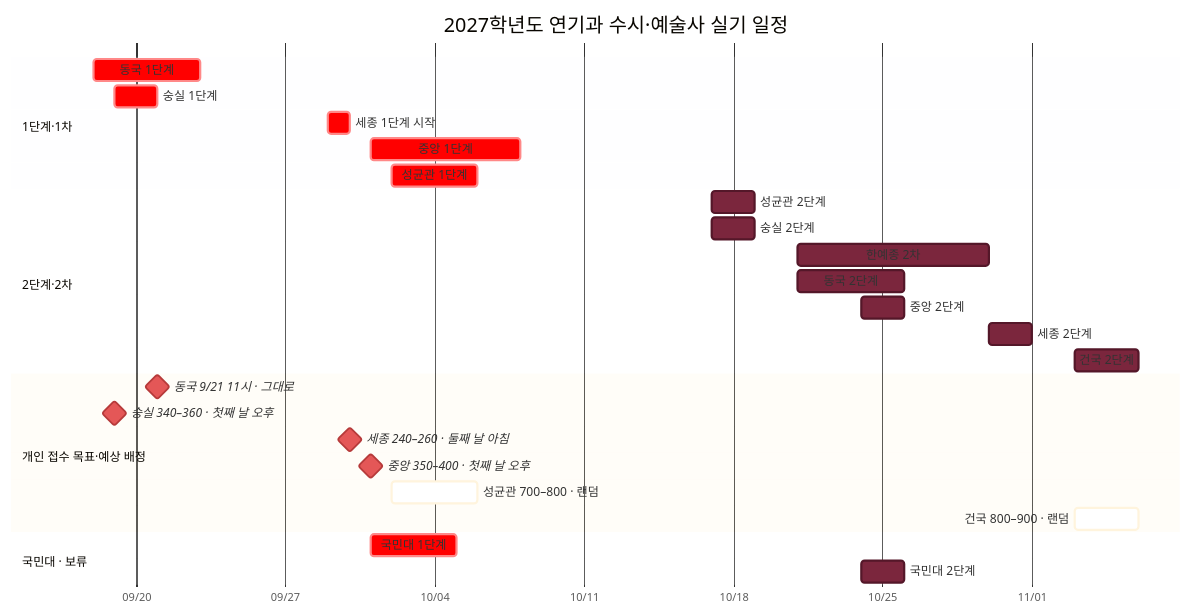
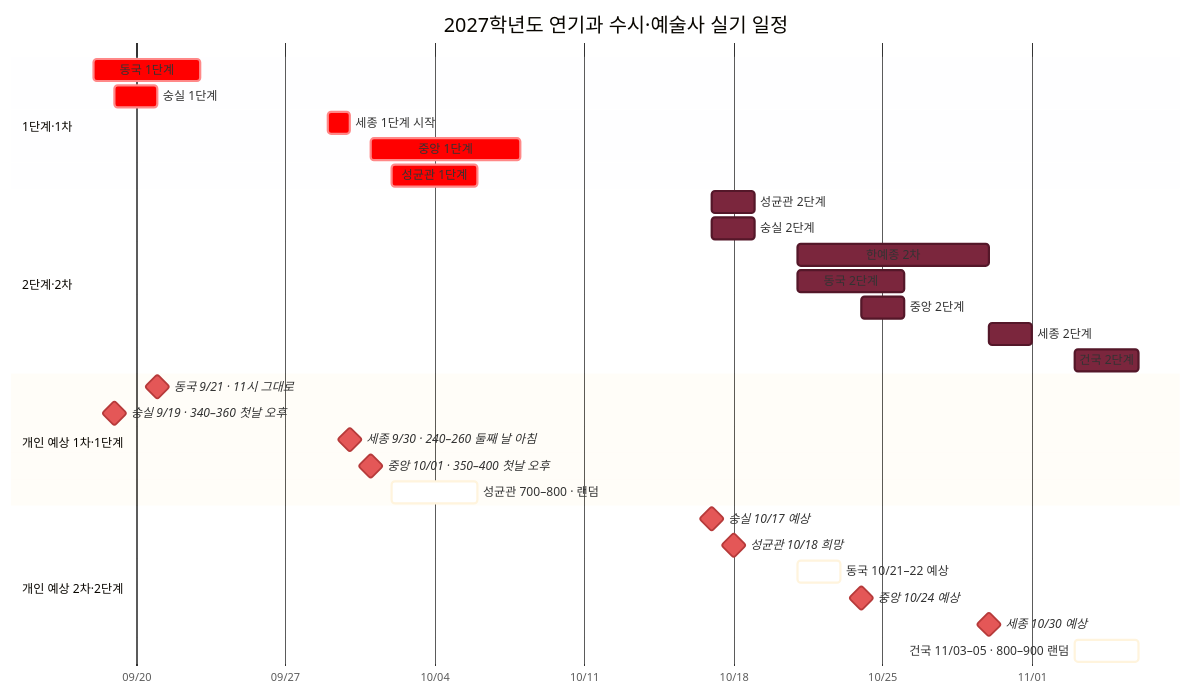
Before and after one commit to Aera0512/Base_: the diagram in 정리/입시/2027 연기과 시험 일정 그래프.md, drawn with Mermaid. The commit also changed 1 other file, not shown here.

Commit message:
vault backup: 2026-09-06 14:36:14

````diff
--- a/정리/입시/2027 연기과 시험 일정 그래프.md
+++ b/정리/입시/2027 연기과 시험 일정 그래프.md
@@ -20,35 +20,38 @@
 ```mermaid
 %%{init: {"theme":"base","themeVariables":{"taskBkgColor":"#E45757","taskBorderColor":"#B63A3A","doneTaskBkgColor":"#7B263D","doneTaskBorderColor":"#541729","doneTaskTextColor":"#FFFFFF"}}}%%
 gantt
     title 2027학년도 연기과 수시·예술사 실기 일정
     dateFormat  YYYY-MM-DD
     axisFormat  %m/%d
 
     section 1단계·1차
     동국 1단계                    :crit, dongguk1, 2026-09-18, 2026-09-23
     숭실 1단계                    :crit, ssu1, 2026-09-19, 2026-09-21
     세종 1단계 시작               :crit, sejong1, 2026-09-29, 1d
     중앙 1단계                    :crit, cau1, 2026-10-01, 2026-10-08
     성균관 1단계                  :crit, skku1, 2026-10-02, 2026-10-06
 
     section 2단계·2차
     성균관 2단계                  :done, skku2, 2026-10-17, 2026-10-19
     숭실 2단계                    :done, ssu2, 2026-10-17, 2026-10-19
     한예종 2차                    :done, karts2, 2026-10-21, 2026-10-30
     동국 2단계                    :done, dongguk2, 2026-10-21, 2026-10-26
     중앙 2단계                    :done, cau2, 2026-10-24, 2026-10-26
     세종 2단계                    :done, sejong2, 2026-10-30, 2026-11-01
     건국 2단계                    :done, konkuk2, 2026-11-03, 2026-11-06
 
-    section 개인 접수 목표·예상 배정
-    동국 9/21 11시 · 그대로        :milestone, target_dongguk, 2026-09-21, 0d
-    숭실 340–360 · 첫째 날 오후    :milestone, target_ssu, 2026-09-19, 0d
-    세종 240–260 · 둘째 날 아침    :milestone, target_sejong, 2026-09-30, 0d
-    중앙 350–400 · 첫째 날 오후    :milestone, target_cau, 2026-10-01, 0d
-    성균관 700–800 · 랜덤          :active, target_skku, 2026-10-02, 2026-10-06
-    건국 800–900 · 랜덤            :active, target_konkuk, 2026-11-03, 2026-11-06
+    section 개인 예상 1차·1단계
+    동국 9/21 · 11시 그대로         :milestone, target_dongguk1, 2026-09-21, 0d
+    숭실 9/19 · 340–360 첫날 오후   :milestone, target_ssu1, 2026-09-19, 0d
+    세종 9/30 · 240–260 둘째 날 아침 :milestone, target_sejong1, 2026-09-30, 0d
+    중앙 10/01 · 350–400 첫날 오후  :milestone, target_cau1, 2026-10-01, 0d
+    성균관 700–800 · 랜덤           :active, target_skku1, 2026-10-02, 2026-10-06
 
-    section 국민대 · 보류
-    국민대 1단계                  :crit, kookmin1, 2026-10-01, 2026-10-05
-    국민대 2단계                  :done, kookmin2, 2026-10-24, 2026-10-26
+    section 개인 예상 2차·2단계
+    숭실 10/17 예상                :milestone, target_ssu2, 2026-10-17, 0d
+    성균관 10/18 희망              :milestone, target_skku2, 2026-10-18, 0d
+    동국 10/21–22 예상             :active, target_dongguk2, 2026-10-21, 2026-10-23
+    중앙 10/24 예상                :milestone, target_cau2, 2026-10-24, 0d
+    세종 10/30 예상                :milestone, target_sejong2, 2026-10-30, 0d
+    건국 11/03–05 · 800–900 랜덤    :active, target_konkuk2, 2026-11-03, 2026-11-06
 ```
````
